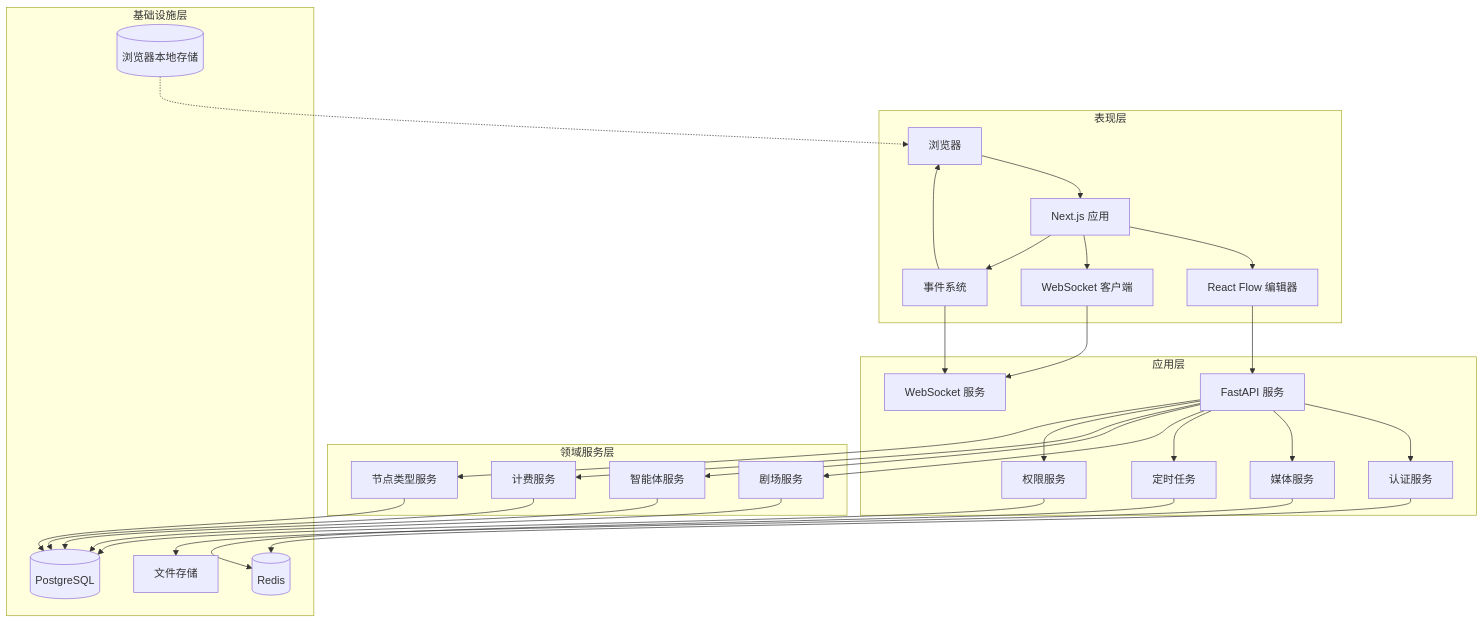
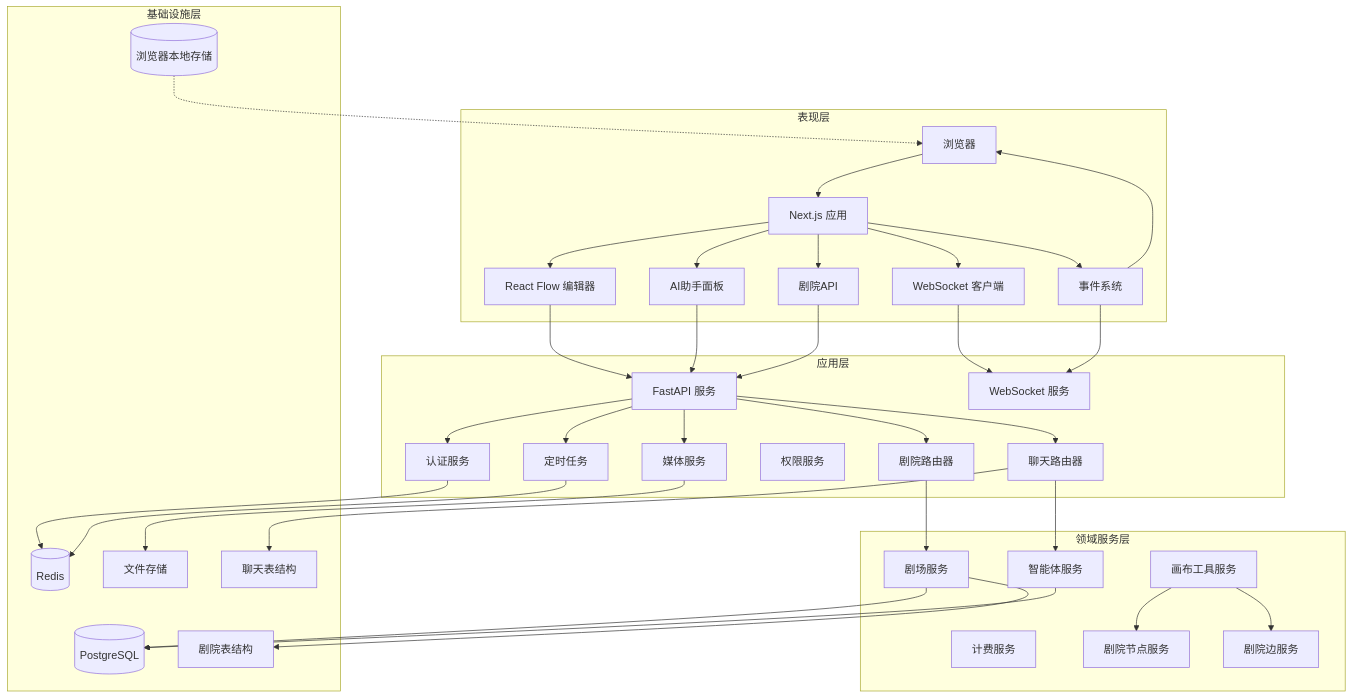
The second of 12 diagrams in .qoder/repowiki/zh/content/系统架构/剧院系统概览.md (KunLabAI/KunFlix), drawn with Mermaid before and after one commit. The commit also changed other lines of this file and 11 other files, not shown here.

````diff
--- a/.qoder/repowiki/zh/content/系统架构/剧院系统概览.md
+++ b/.qoder/repowiki/zh/content/系统架构/剧院系统概览.md
@@ -180,55 +211,67 @@
 ```mermaid
 graph TD
 subgraph "表现层"
 Browser[浏览器]
 NextJS[Next.js 应用]
 ReactFlow[React Flow 编辑器]
 WebSocket[WebSocket 客户端]
 Events[事件系统]
+AIAssistant[AI助手面板]
+TheaterAPI[剧院API]
 end
 subgraph "应用层"
 API[FastAPI 服务]
 Auth[认证服务]
 Media[媒体服务]
 Cron[定时任务]
 WS[WebSocket 服务]
 Permissions[权限服务]
+TheaterRouter[剧院路由器]
+ChatRouter[聊天路由器]
 end
 subgraph "领域服务层"
 TheaterSvc[剧场服务]
 AgentSvc[智能体服务]
 BillingSvc[计费服务]
-NodeTypes[节点类型服务]
+CanvasTools[画布工具服务]
+TheaterNodeSvc[剧院节点服务]
+TheaterEdgeSvc[剧院边服务]
 end
 subgraph "基础设施层"
 Postgres[(PostgreSQL)]
 Redis[(Redis)]
 Storage[文件存储]
 LocalStorage[(浏览器本地存储)]
+TheaterTables[剧院表结构]
+ChatTables[聊天表结构]
 end
 Browser --> NextJS
 NextJS --> ReactFlow
 NextJS --> WebSocket
 NextJS --> Events
+NextJS --> AIAssistant
+NextJS --> TheaterAPI
 ReactFlow --> API
 WebSocket --> WS
+AIAssistant --> API
+TheaterAPI --> API
 API --> Auth
 API --> Media
 API --> Cron
-API --> TheaterSvc
-API --> AgentSvc
-API --> BillingSvc
-API --> Permissions
-API --> NodeTypes
+API --> TheaterRouter
+API --> ChatRouter
+TheaterRouter --> TheaterSvc
+ChatRouter --> AgentSvc
 TheaterSvc --> Postgres
 AgentSvc --> Postgres
-BillingSvc --> Postgres
-Permissions --> Postgres
-NodeTypes --> Postgres
+CanvasTools --> TheaterNodeSvc
+CanvasTools --> TheaterEdgeSvc
+TheaterSvc --> TheaterTables
+ChatRouter --> ChatTables
 Media --> Storage
 Auth --> Redis
 Cron --> Redis
 LocalStorage -.-> Browser
 Events --> Browser
 Events --> WS
 ```
````
